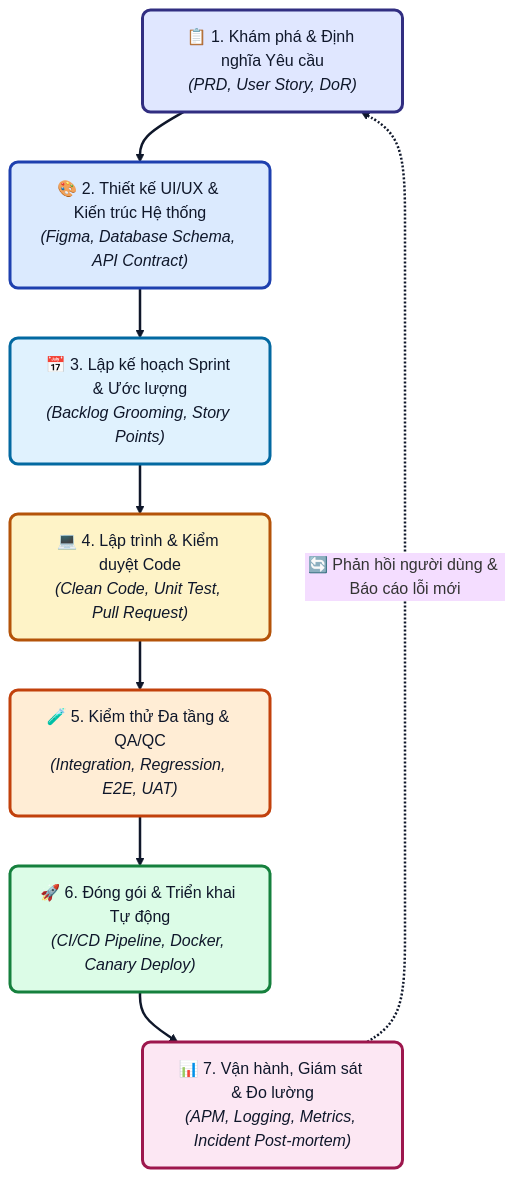
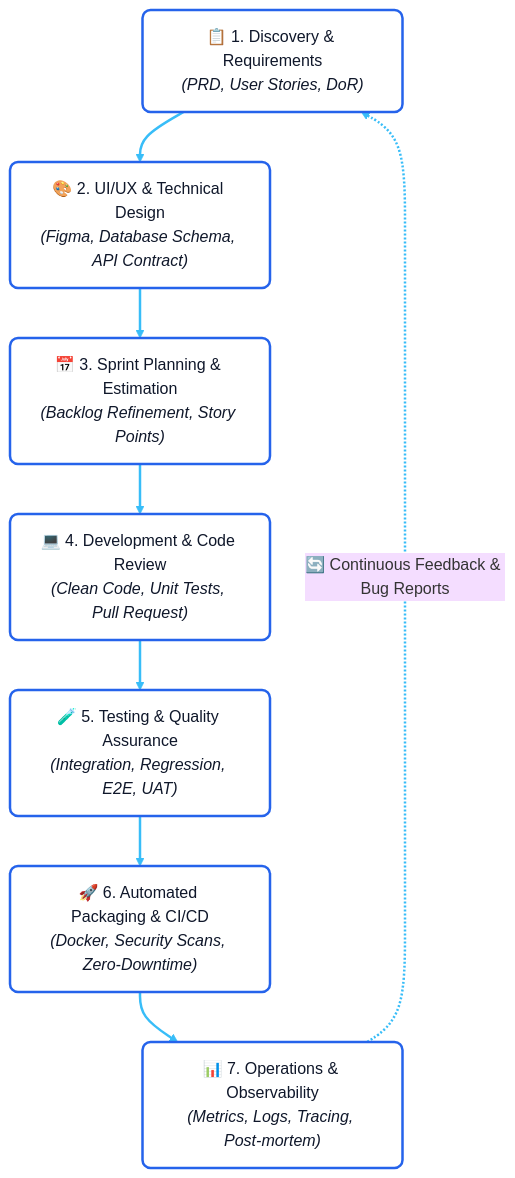
One commit to Huy210205/ts-learning changed the first of 8 diagrams in PRODUCT-DEVELOPMENT-PROCESS.md. Above: the diagram before and after it, drawn with Mermaid. The commit also changed other lines of this file, not shown here.

````diff
--- a/PRODUCT-DEVELOPMENT-PROCESS.md
+++ b/PRODUCT-DEVELOPMENT-PROCESS.md
@@ -27,29 +25,23 @@
 ```mermaid
-%%{init: {'theme': 'base', 'themeVariables': { 'fontFamily': 'sans-serif' }}}%%
+%%{init: {'theme': 'base', 'themeVariables': { 'fontFamily': 'sans-serif', 'lineColor': '#38bdf8' }}}%%
 flowchart TD
-    classDef req fill:#e0e7ff,stroke:#312e81,stroke-width:3px,color:#0f172a,rx:8px,ry:8px
-    classDef design fill:#dbeafe,stroke:#1e40af,stroke-width:3px,color:#0f172a,rx:8px,ry:8px
-    classDef plan fill:#e0f2fe,stroke:#0369a1,stroke-width:3px,color:#0f172a,rx:8px,ry:8px
-    classDef dev fill:#fef3c7,stroke:#b45309,stroke-width:3px,color:#0f172a,rx:8px,ry:8px
-    classDef test fill:#ffedd5,stroke:#c2410c,stroke-width:3px,color:#0f172a,rx:8px,ry:8px
-    classDef deploy fill:#dcfce7,stroke:#15803d,stroke-width:3px,color:#0f172a,rx:8px,ry:8px
-    classDef ops fill:#fce7f3,stroke:#9d174d,stroke-width:3px,color:#0f172a,rx:8px,ry:8px
+    classDef stepBox fill:#ffffff,stroke:#2563eb,stroke-width:2.5px,color:#0f172a,rx:8px,ry:8px
 
-    S1["📋 1. Khám phá & Định nghĩa Yêu cầu<br/><i>(PRD, User Story, DoR)</i>"]:::req
-    S2["🎨 2. Thiết kế UI/UX & Kiến trúc Hệ thống<br/><i>(Figma, Database Schema, API Contract)</i>"]:::design
-    S3["📅 3. Lập kế hoạch Sprint & Ước lượng<br/><i>(Backlog Grooming, Story Points)</i>"]:::plan
-    S4["💻 4. Lập trình & Kiểm duyệt Code<br/><i>(Clean Code, Unit Test, Pull Request)</i>"]:::dev
-    S5["🧪 5. Kiểm thử Đa tầng & QA/QC<br/><i>(Integration, Regression, E2E, UAT)</i>"]:::test
-    S6["🚀 6. Đóng gói & Triển khai Tự động<br/><i>(CI/CD Pipeline, Docker, Canary Deploy)</i>"]:::deploy
-    S7["📊 7. Vận hành, Giám sát & Đo lường<br/><i>(APM, Logging, Metrics, Incident Post-mortem)</i>"]:::ops
+    S1["📋 1. Discovery & Requirements<br/><i>(PRD, User Stories, DoR)</i>"]:::stepBox
+    S2["🎨 2. UI/UX & Technical Design<br/><i>(Figma, Database Schema, API Contract)</i>"]:::stepBox
+    S3["📅 3. Sprint Planning & Estimation<br/><i>(Backlog Refinement, Story Points)</i>"]:::stepBox
+    S4["💻 4. Development & Code Review<br/><i>(Clean Code, Unit Tests, Pull Request)</i>"]:::stepBox
+    S5["🧪 5. Testing & Quality Assurance<br/><i>(Integration, Regression, E2E, UAT)</i>"]:::stepBox
+    S6["🚀 6. Automated Packaging & CI/CD<br/><i>(Docker, Security Scans, Zero-Downtime)</i>"]:::stepBox
+    S7["📊 7. Operations & Observability<br/><i>(Metrics, Logs, Tracing, Post-mortem)</i>"]:::stepBox
 
     S1 ==> S2
     S2 ==> S3
     S3 ==> S4
     S4 ==> S5
     S5 ==> S6
     S6 ==> S7
-    S7 -.->|"🔄 Phản hồi người dùng & Báo cáo lỗi mới"| S1
+    S7 -.->|"🔄 Continuous Feedback & Bug Reports"| S1
 
-    linkStyle default stroke:#0f172a,stroke-width:2.5px;
+    linkStyle default stroke:#38bdf8,stroke-width:2.5px;
 ```
````
